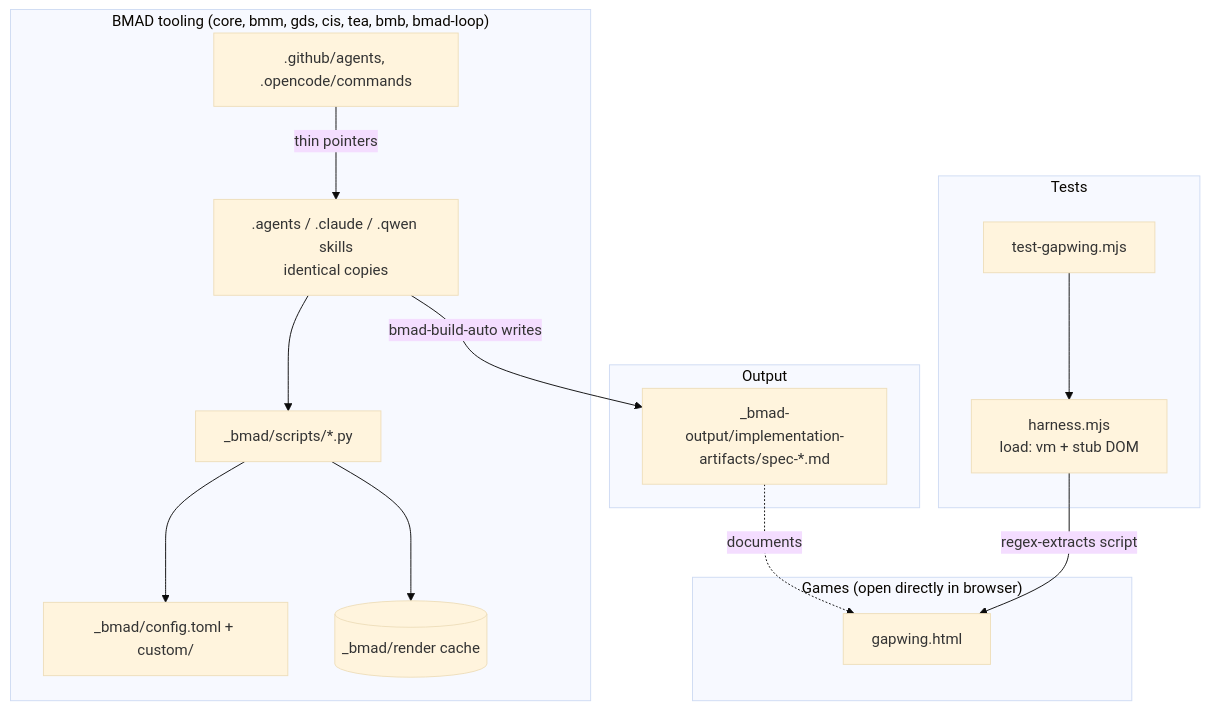
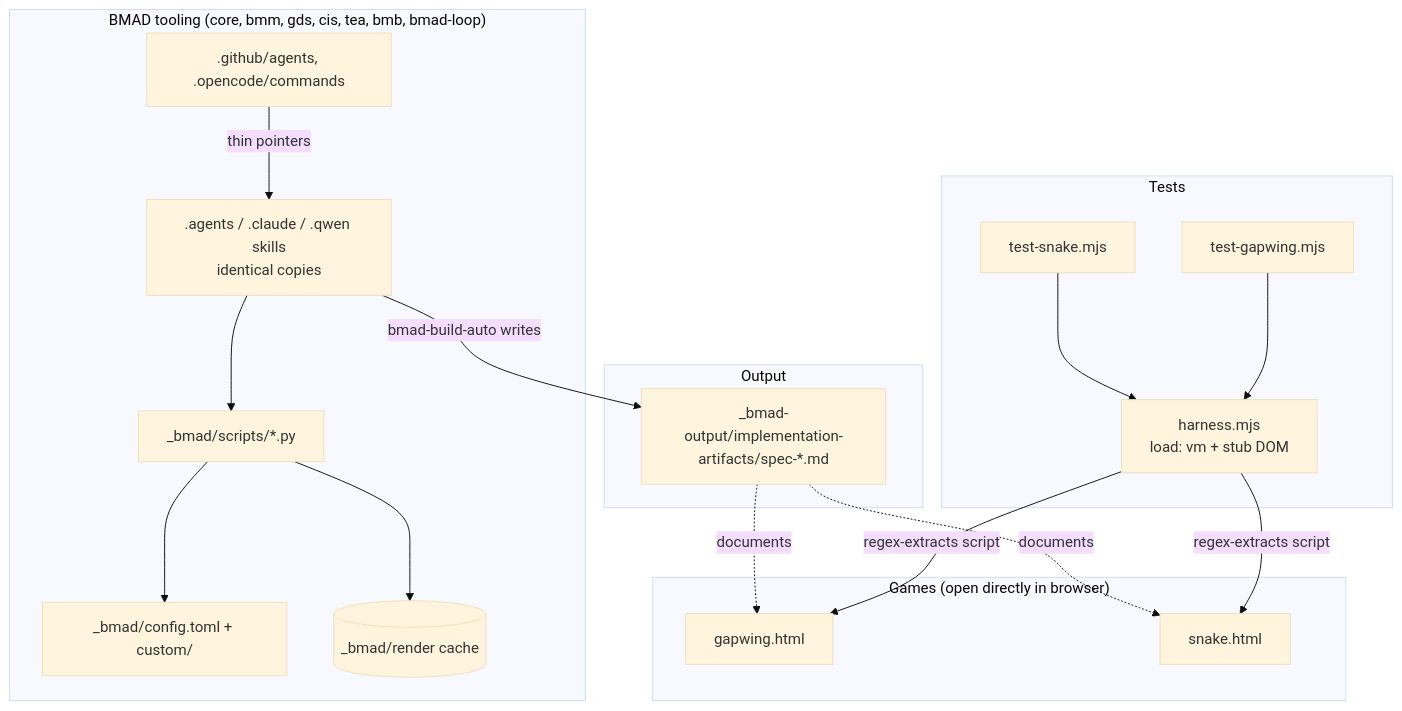
One commit to KPharcos/retro-games changed the first of 3 diagrams in docs/CODEBASE_MAP.md. Above: the diagram before and after it, drawn with Mermaid (base theme). The commit also changed other lines of this file and 5 other files, not shown here.

````diff
--- a/docs/CODEBASE_MAP.md
+++ b/docs/CODEBASE_MAP.md
@@ -17,28 +17,33 @@
 ```mermaid
 graph TB
     subgraph Games["Games (open directly in browser)"]
         Gap[gapwing.html]
+        Snk[snake.html]
     end
     subgraph Tests
         H[harness.mjs<br/>load: vm + stub DOM]
         TG[test-gapwing.mjs]
+        TS[test-snake.mjs]
     end
     subgraph BMAD["BMAD tooling (core, bmm, gds, cis, tea, bmb, bmad-loop)"]
         Cfg[_bmad/config.toml + custom/]
         Scripts[_bmad/scripts/*.py]
         Render[(_bmad/render cache)]
         Skills[.agents / .claude / .qwen skills<br/>identical copies]
         Adapters[.github/agents, .opencode/commands]
     end
     subgraph Output
         Specs[_bmad-output/implementation-artifacts/spec-*.md]
     end
     TG --> H
+    TS --> H
     H -->|regex-extracts script| Gap
+    H -->|regex-extracts script| Snk
     Skills --> Scripts
     Scripts --> Cfg
     Scripts --> Render
     Adapters -->|thin pointers| Skills
     Skills -->|bmad-build-auto writes| Specs
     Specs -.documents.-> Gap
+    Specs -.documents.-> Snk
 ```
````
